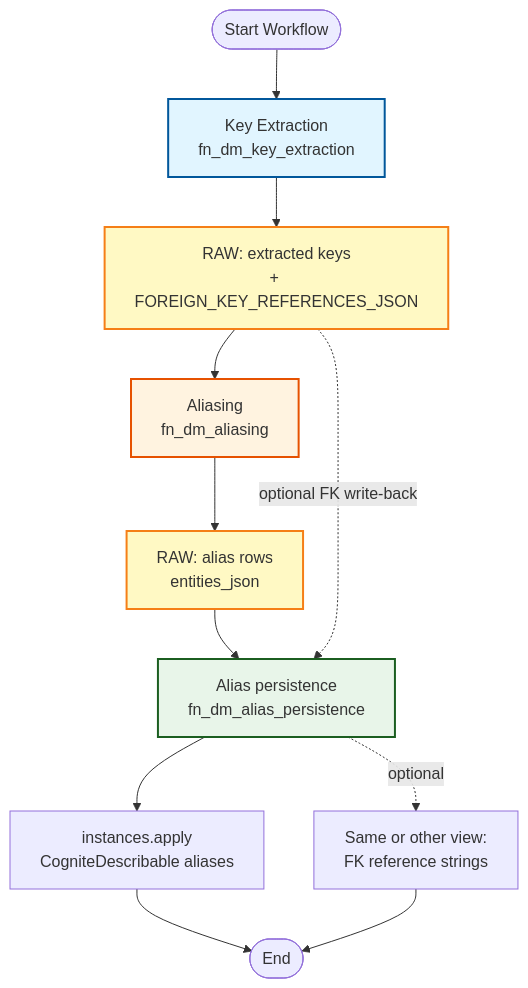
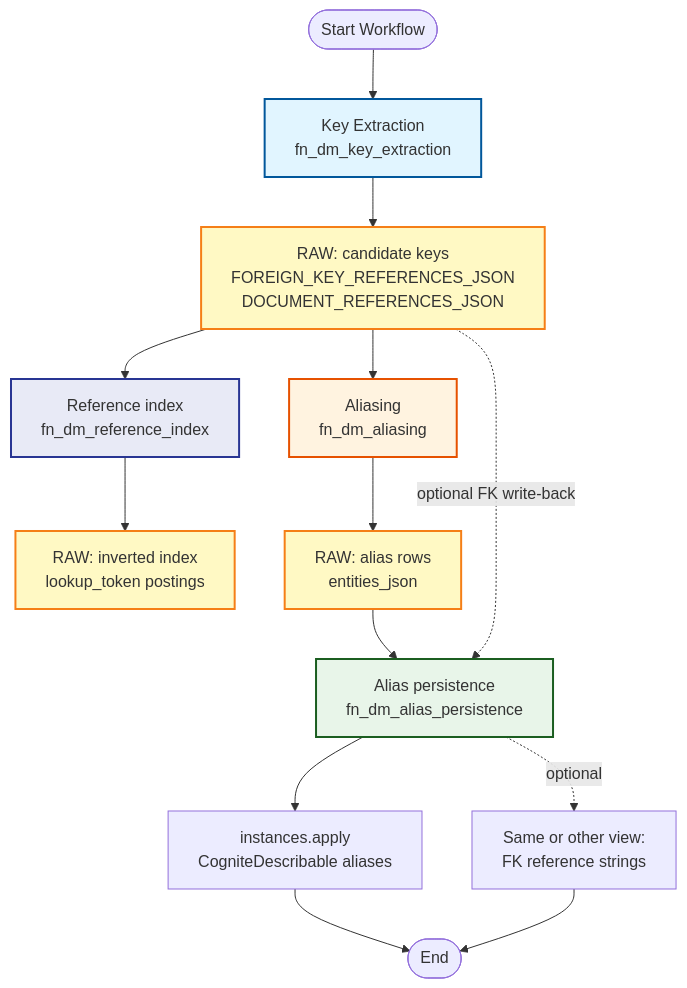
One commit to cognitedata/library changed the diagram in modules/accelerators/contextualization/cdf_key_extraction_aliasing/workflows/workflow_diagram.md. Above: the diagram before and after it, drawn with Mermaid. The commit also changed other lines of this file and 72 other files, not shown here.

````diff
--- a/modules/accelerators/contextualization/cdf_key_extraction_aliasing/workflows/workflow_diagram.md
+++ b/modules/accelerators/contextualization/cdf_key_extraction_aliasing/workflows/workflow_diagram.md
@@ -9,27 +9,33 @@
 ```mermaid
 graph TD
     Start([Start Workflow]) --> KeyExtraction[Key Extraction<br/>fn_dm_key_extraction]
 
-    KeyExtraction --> RawKeys[RAW: extracted keys<br/>+ FOREIGN_KEY_REFERENCES_JSON]
+    KeyExtraction --> RawKeys[RAW: candidate keys<br/>FOREIGN_KEY_REFERENCES_JSON<br/>DOCUMENT_REFERENCES_JSON]
+
+    RawKeys --> RefIndex[Reference index<br/>fn_dm_reference_index]
 
     RawKeys --> Aliasing[Aliasing<br/>fn_dm_aliasing]
+
+    RefIndex --> RawRefIdx[RAW: inverted index<br/>lookup_token postings]
 
     Aliasing --> RawAliases[RAW: alias rows<br/>entities_json]
 
     RawAliases --> Persistence[Alias persistence<br/>fn_dm_alias_persistence]
 
     RawKeys -. optional FK write-back .-> Persistence
 
     Persistence --> DM[instances.apply<br/>CogniteDescribable aliases]
 
     Persistence -. optional .-> DMFK[Same or other view:<br/>FK reference strings]
 
     DM --> End([End])
     DMFK --> End
 
     style KeyExtraction fill:#e1f5ff,stroke:#01579b,stroke-width:2px
+    style RefIndex fill:#e8eaf6,stroke:#283593,stroke-width:2px
     style Aliasing fill:#fff3e0,stroke:#e65100,stroke-width:2px
     style Persistence fill:#e8f5e9,stroke:#1b5e20,stroke-width:2px
     style RawKeys fill:#fff9c4,stroke:#f57f17,stroke-width:2px
     style RawAliases fill:#fff9c4,stroke:#f57f17,stroke-width:2px
+    style RawRefIdx fill:#fff9c4,stroke:#f57f17,stroke-width:2px
 ```
````
